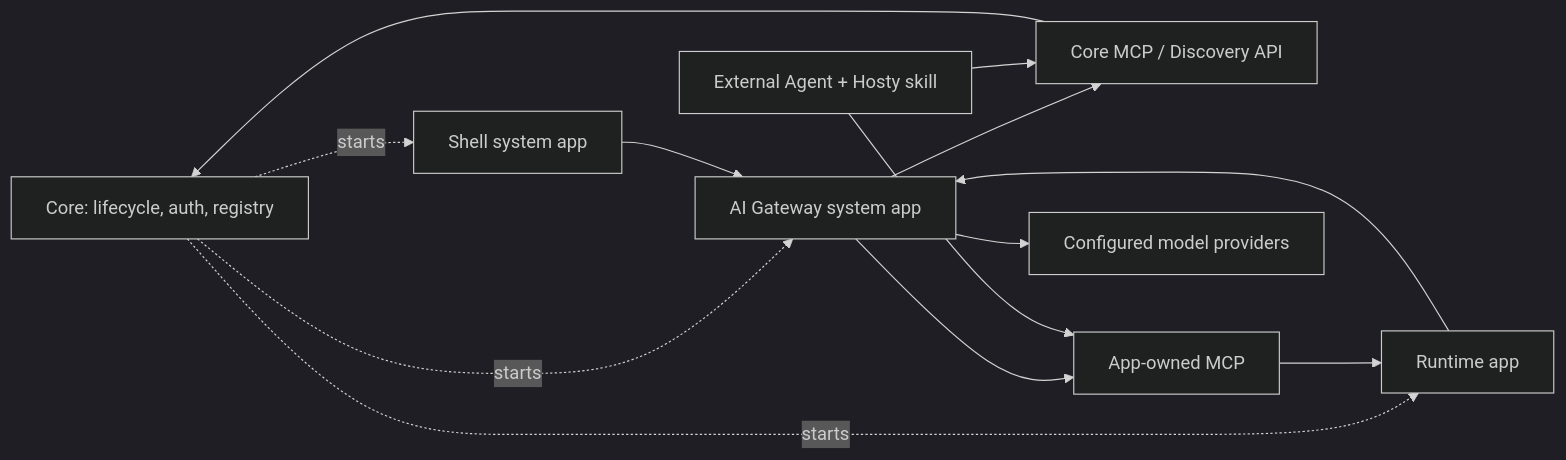
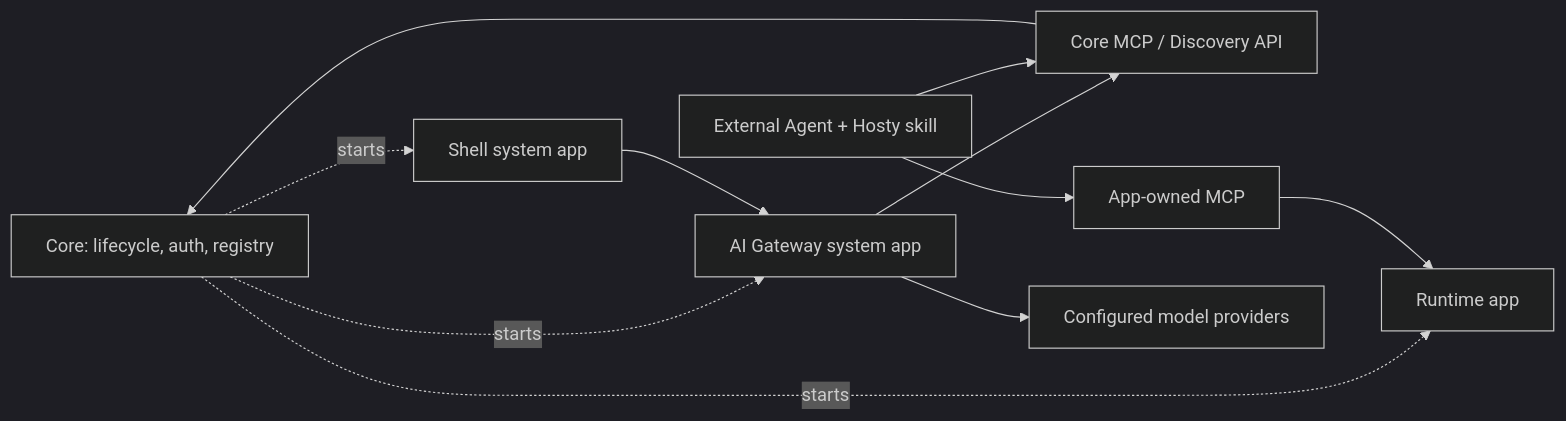
The diagram in docs/features/ai-agent-bridge/feature.md (alex-de-haas/docker-host), drawn with Mermaid (dark theme) before and after one commit. The commit also changed other lines of this file and 15 other files, not shown here.

````diff
--- a/docs/features/ai-agent-bridge/feature.md
+++ b/docs/features/ai-agent-bridge/feature.md
@@ -27,25 +27,23 @@
 ```mermaid
 flowchart LR
   Core["Core: lifecycle, auth, registry"]
   CoreMcp["Core MCP / Discovery API"]
   Shell["Shell system app"]
   AIG["AI Gateway system app"]
   Ext["External Agent + Hosty skill"]
   PM["Runtime app"]
   PMMcp["App-owned MCP"]
   Model["Configured model providers"]
 
   Core -. starts .-> Shell
   Core -. starts .-> AIG
   Core -. starts .-> PM
 
   Shell --> AIG
   AIG --> CoreMcp
   Ext --> CoreMcp
   CoreMcp --> Core
-  AIG --> PMMcp
   Ext --> PMMcp
   PMMcp --> PM
-  PM --> AIG
   AIG --> Model
 ```
````
